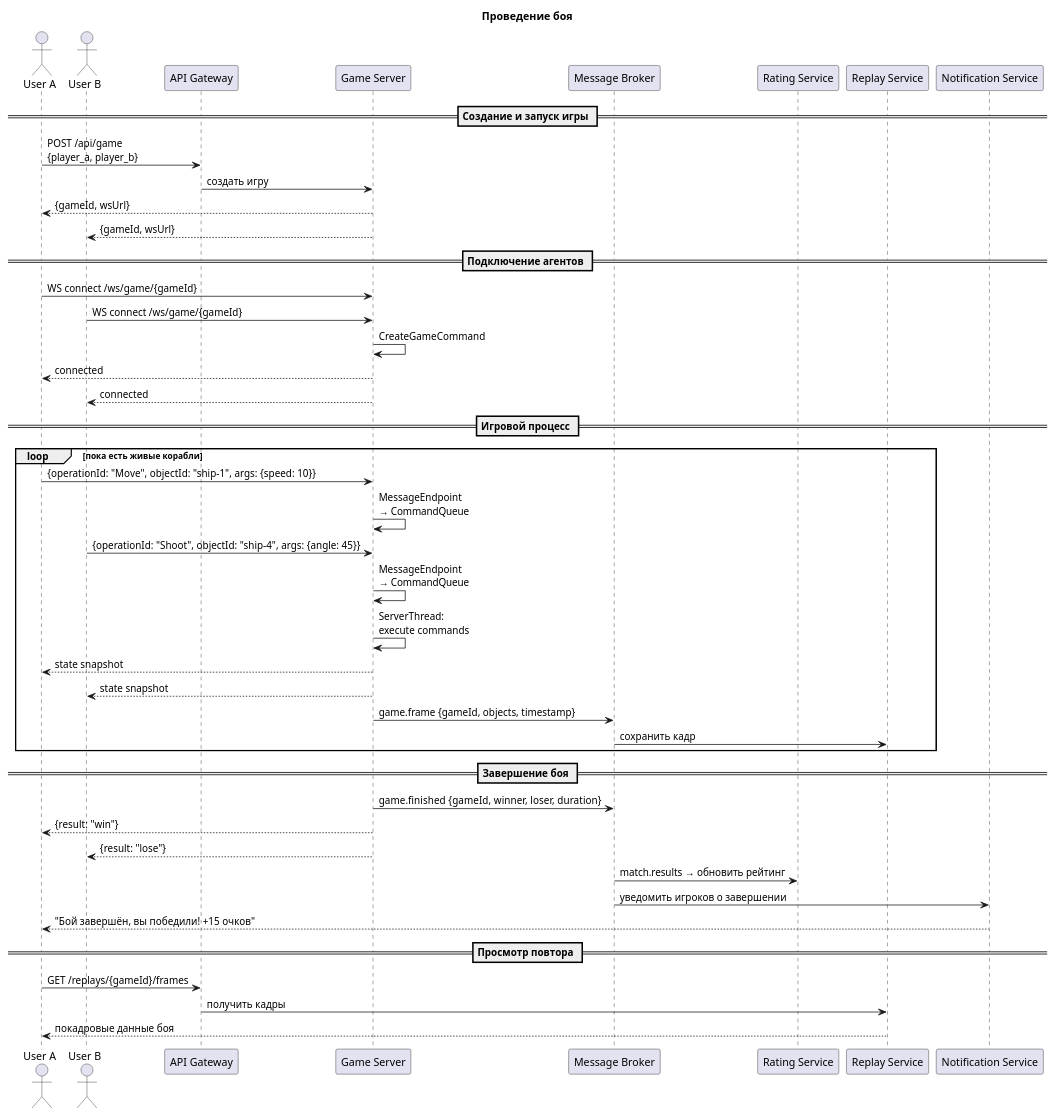
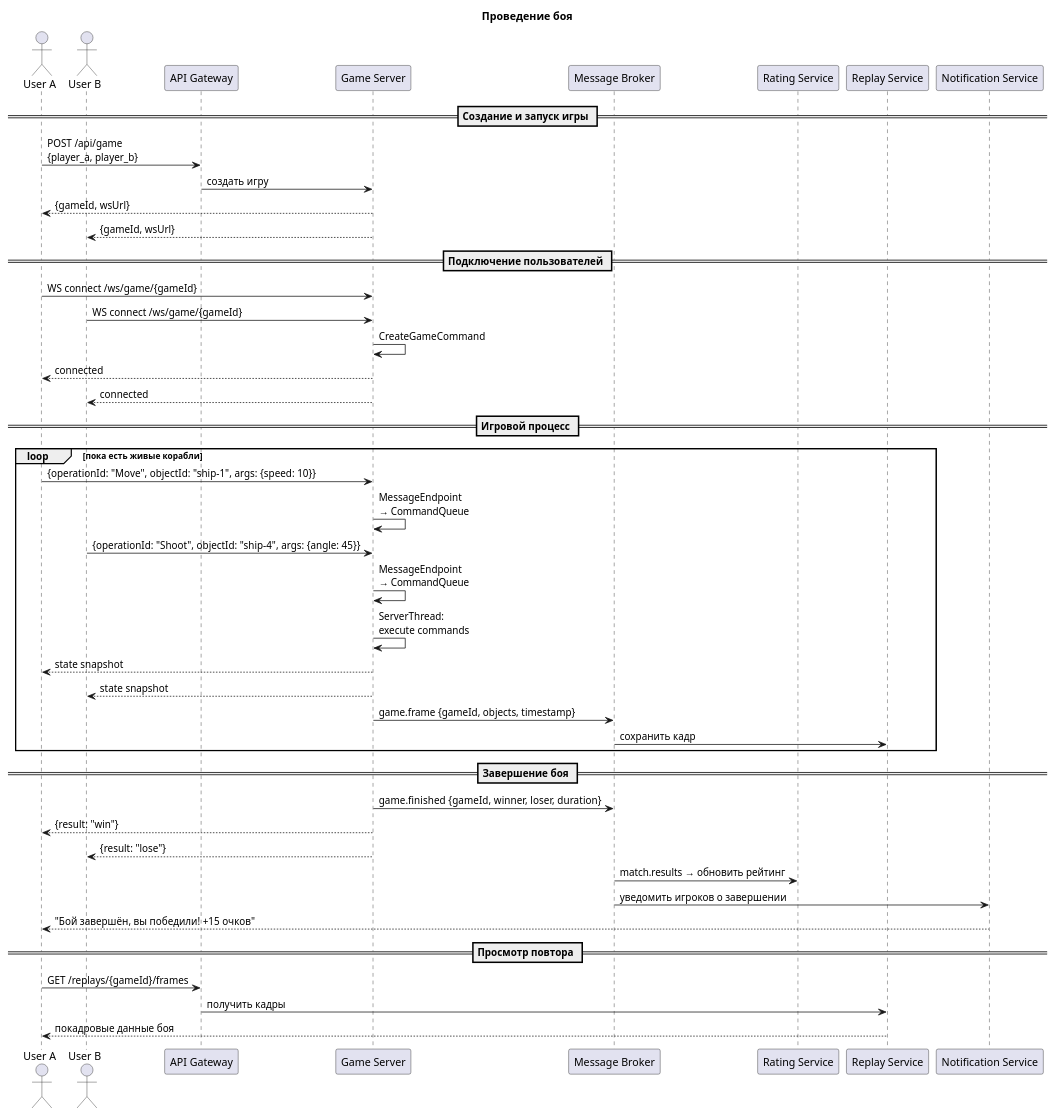
The diagram in docs/diagrams/sequence_battle.puml (Lexero/architecture-and-design-patterns), drawn with PlantUML before and after one commit. The commit also changed 1 other file, not shown here.

```diff
--- a/docs/diagrams/sequence_battle.puml
+++ b/docs/diagrams/sequence_battle.puml
@@ -1,64 +1,64 @@
 @startuml sequence_battle
 title Проведение боя
 
 actor "User A" as userA
 actor "User B" as userB
 participant "API Gateway" as gw
 participant "Game Server" as gs
 participant "Message Broker" as broker
 participant "Rating Service" as rating
 participant "Replay Service" as replay
 participant "Notification Service" as notify
 
 == Создание и запуск игры ==
 
 userA -> gw : POST /api/game\n{player_a, player_b}
 gw -> gs : создать игру
 gs --> userA : {gameId, wsUrl}
 gs --> userB : {gameId, wsUrl}
 
-== Подключение агентов ==
+== Подключение пользователей ==
 
 userA -> gs : WS connect /ws/game/{gameId}
 userB -> gs : WS connect /ws/game/{gameId}
 gs -> gs : CreateGameCommand
 gs --> userA : connected
 gs --> userB : connected
 
 == Игровой процесс ==
 
 loop пока есть живые корабли
 
     userA -> gs : {operationId: "Move", objectId: "ship-1", args: {speed: 10}}
     gs -> gs : MessageEndpoint\n→ CommandQueue
 
     userB -> gs : {operationId: "Shoot", objectId: "ship-4", args: {angle: 45}}
     gs -> gs : MessageEndpoint\n→ CommandQueue
 
     gs -> gs : ServerThread:\nexecute commands
     gs --> userA : state snapshot
     gs --> userB : state snapshot
 
     gs -> broker : game.frame {gameId, objects, timestamp}
     broker -> replay : сохранить кадр
 
 end
 
 == Завершение боя ==
 
 gs -> broker : game.finished {gameId, winner, loser, duration}
 gs --> userA : {result: "win"}
 gs --> userB : {result: "lose"}
 
 broker -> rating : match.results → обновить рейтинг
 broker -> notify : уведомить игроков о завершении
 
 notify --> userA : "Бой завершён, вы победили! +15 очков"
 
 == Просмотр повтора ==
 
 userA -> gw : GET /replays/{gameId}/frames
 gw -> replay : получить кадры
 replay --> userA : покадровые данные боя
 
 @enduml
```
